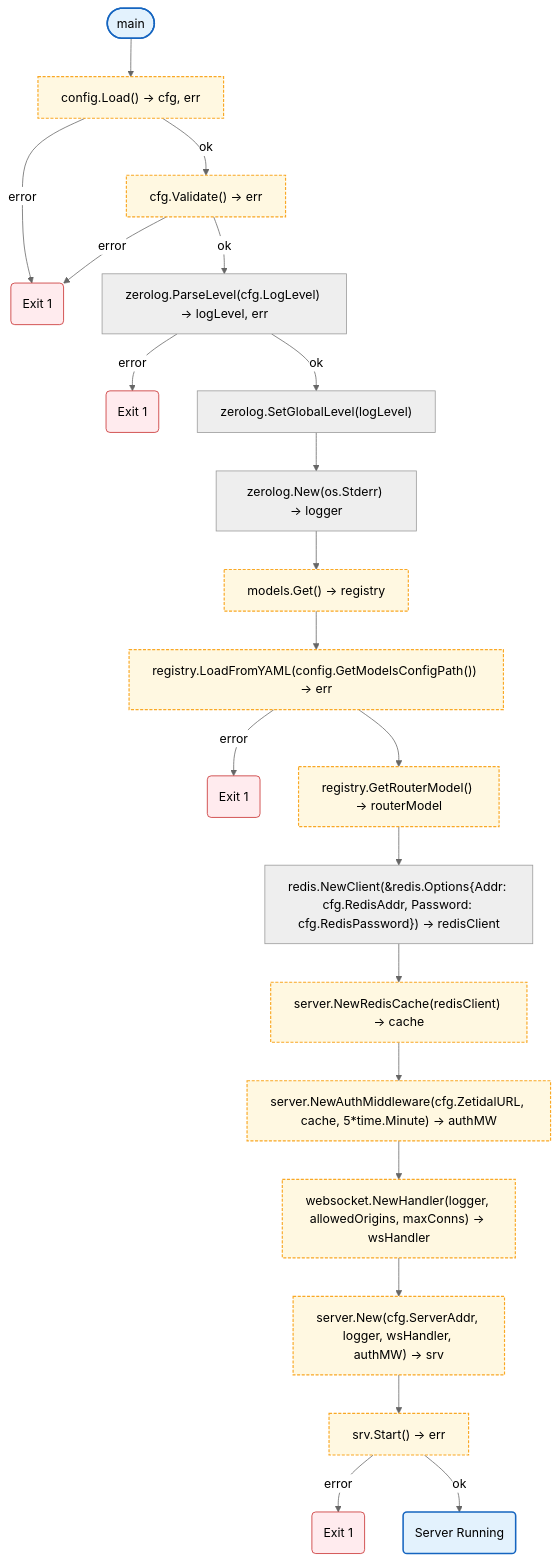
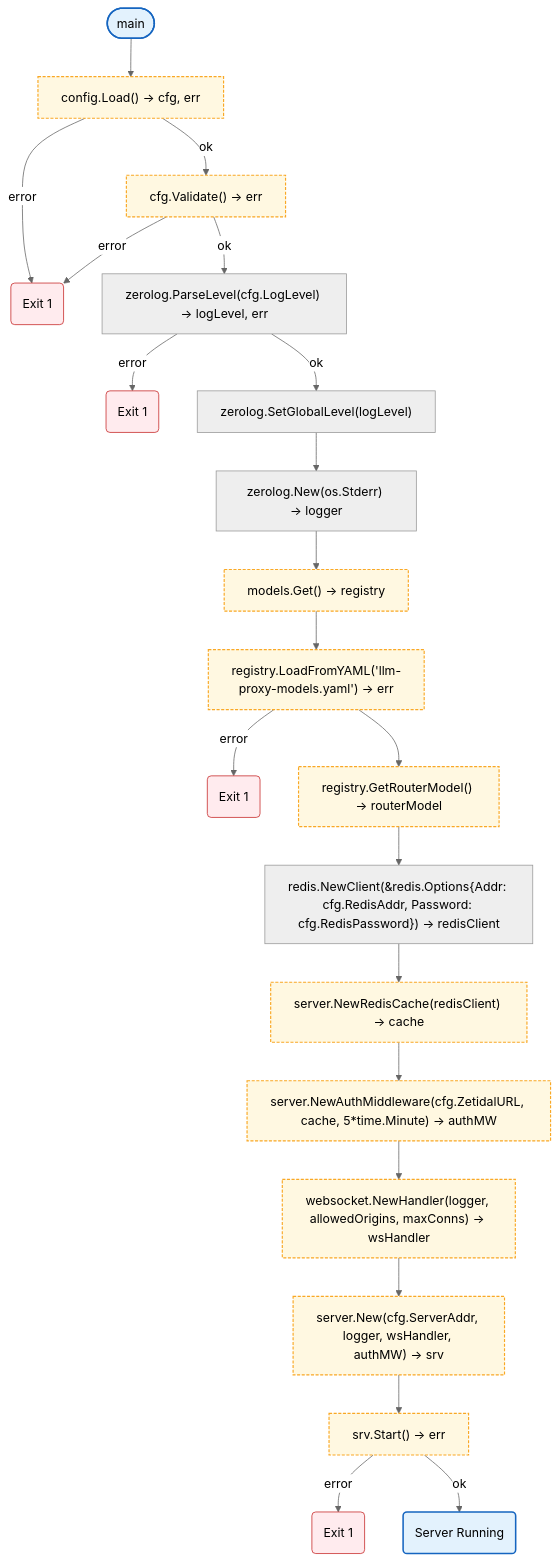
Before and after one commit to radch-ai/ava: the diagram in docs/cmd/gateway.md, drawn with Mermaid (neutral theme). The commit also changed 12 other files, not shown here.

First line of the commit message:
docs: remove old llm-proxy internal references

````diff
--- a/docs/cmd/gateway.md
+++ b/docs/cmd/gateway.md
@@ -7,41 +7,41 @@
 ```mermaid
 flowchart TB
     Start([main]) --> LoadCfg["config.Load() → cfg, err"]
     LoadCfg -->|error| Exit1("Exit 1")
     LoadCfg -->|ok| ValidateCfg["cfg.Validate() → err"]
     ValidateCfg -->|error| Exit1
     ValidateCfg -->|ok| ParseLevel["zerolog.ParseLevel(cfg.LogLevel) → logLevel, err"]
     ParseLevel -->|error| Exit2("Exit 1")
     ParseLevel -->|ok| SetLevel["zerolog.SetGlobalLevel(logLevel)"]
-    SetLevel --> CreateLogger["zerolog.New(os.Stderr) → logger"]
-     CreateLogger --> GetRegistry["models.Get() → registry"]
-     GetRegistry --> LoadModels["registry.LoadFromYAML(config.GetModelsConfigPath()) → err"]
-    LoadModels -->|error| ExitModel("Exit 1")
+     SetLevel --> CreateLogger["zerolog.New(os.Stderr) → logger"]
+      CreateLogger --> GetRegistry["models.Get() → registry"]
+      GetRegistry --> LoadModels["registry.LoadFromYAML('llm-proxy-models.yaml') → err"]
+     LoadModels -->|error| ExitModel("Exit 1")
     LoadModels --> GetRouter["registry.GetRouterModel() → routerModel"]
     GetRouter --> InitRedis["redis.NewClient(&redis.Options{Addr: cfg.RedisAddr, Password: cfg.RedisPassword}) → redisClient"]
     InitRedis --> CreateCache["server.NewRedisCache(redisClient) → cache"]
     CreateCache --> CreateAuthMW["server.NewAuthMiddleware(cfg.ZetidalURL, cache, 5*time.Minute) → authMW"]
     CreateAuthMW --> CreateWS["websocket.NewHandler(logger, allowedOrigins, maxConns) → wsHandler"]
     CreateWS --> CreateServer["server.New(cfg.ServerAddr, logger, wsHandler, authMW) → srv"]
     CreateServer --> StartServer["srv.Start() → err"]
     StartServer -->|error| Exit3("Exit 1")
     StartServer -->|ok| Running("Server Running")
 
     click LoadCfg href "../config/README.md"
     click ValidateCfg href "../config/README.md"
     click GetRegistry href "https://github.com/nevaria-ai/llm-proxy-sdk"
     click LoadModels href "https://github.com/nevaria-ai/llm-proxy-sdk"
     click GetRouter href "https://github.com/nevaria-ai/llm-proxy-sdk"
     click CreateCache href "../internal/server/README.md"
     click CreateAuthMW href "../internal/server/README.md"
     click CreateWS href "../internal/websocket.md"
     click CreateServer href "../internal/server/README.md"
 
     classDef mainFn fill:#e3f2fd,stroke:#1565c0,stroke-width:2px
     classDef localPkgs fill:#fff8e1,stroke:#f9a825,stroke-width:1.5px,stroke-dasharray:4 2
     classDef errorFlow fill:#ffebee,stroke:#c62828,stroke-width:1px
 
     class Start,Running mainFn
     class Exit1,Exit2,Exit3,ExitModel errorFlow
     class LoadCfg,ValidateCfg,GetRegistry,LoadModels,GetRouter,CreateCache,CreateAuthMW,CreateWS,CreateServer,StartServer localPkgs
 ```
````
